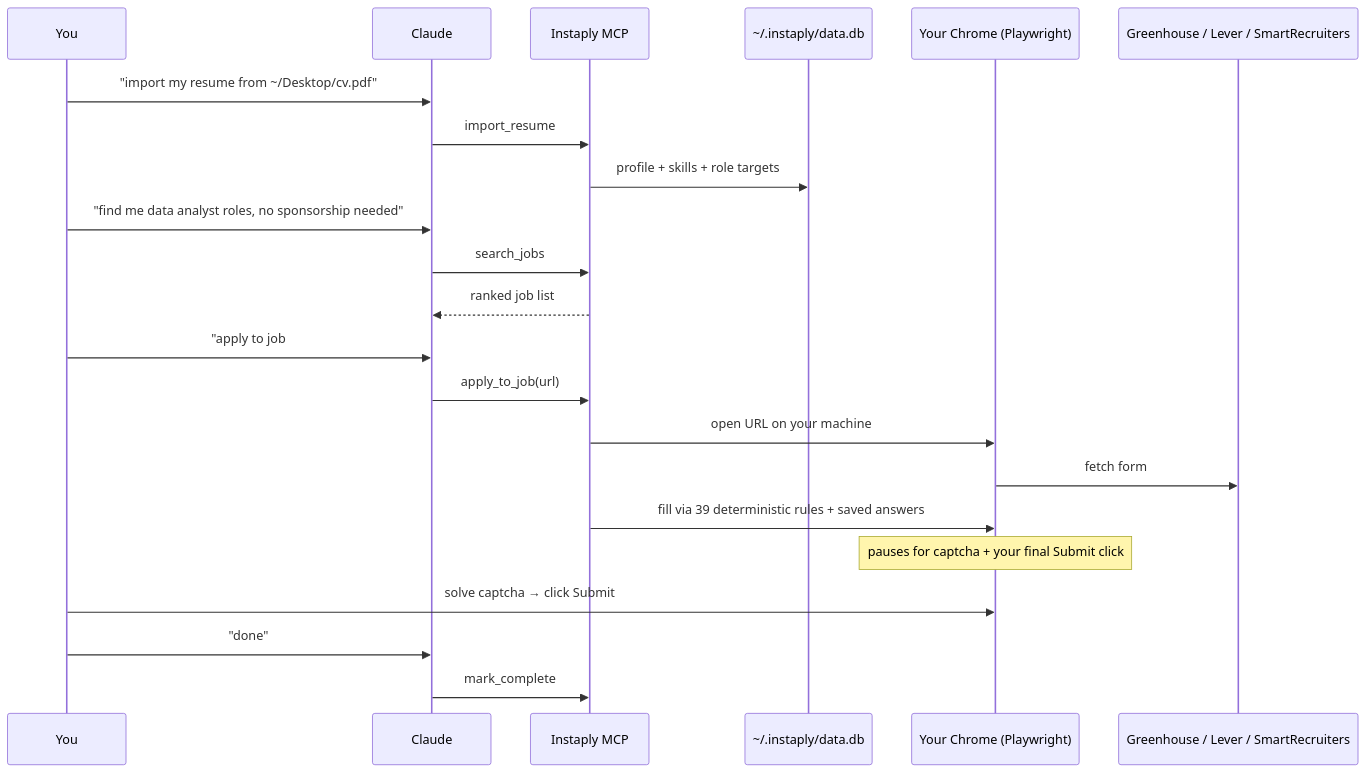
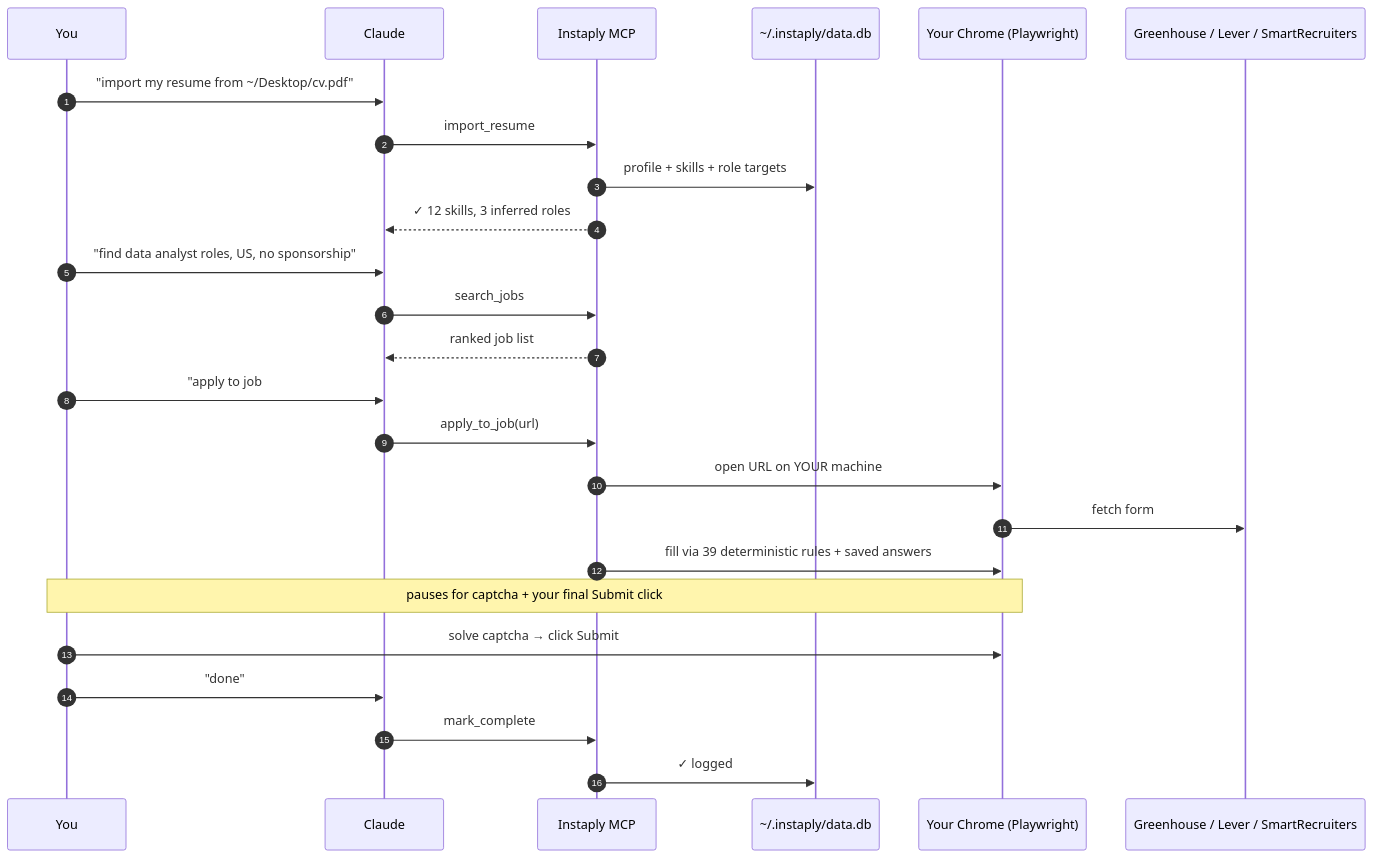
The diagram in README.md (Aditya-00a/Instaply), drawn with Mermaid before and after one commit. The commit also changed other lines of this file, not shown here.

````diff
--- a/README.md
+++ b/README.md
@@ -74,27 +147,30 @@
 ```mermaid
 sequenceDiagram
+    autonumber
     participant You
     participant Claude
     participant Instaply as Instaply MCP
     participant DB as ~/.instaply/data.db
     participant Browser as Your Chrome (Playwright)
     participant ATS as Greenhouse / Lever / SmartRecruiters
 
     You->>Claude: "import my resume from ~/Desktop/cv.pdf"
     Claude->>Instaply: import_resume
     Instaply->>DB: profile + skills + role targets
+    Instaply-->>Claude: ✓ 12 skills, 3 inferred roles
 
-    You->>Claude: "find me data analyst roles, no sponsorship needed"
+    You->>Claude: "find data analyst roles, US, no sponsorship"
     Claude->>Instaply: search_jobs
     Instaply-->>Claude: ranked job list
 
     You->>Claude: "apply to job #3"
     Claude->>Instaply: apply_to_job(url)
-    Instaply->>Browser: open URL on your machine
+    Instaply->>Browser: open URL on YOUR machine
     Browser->>ATS: fetch form
     Instaply->>Browser: fill via 39 deterministic rules + saved answers
-    Note over Browser: pauses for captcha + your final Submit click
+    Note over Browser,You: pauses for captcha + your final Submit click
     You->>Browser: solve captcha → click Submit
     You->>Claude: "done"
     Claude->>Instaply: mark_complete
+    Instaply->>DB: ✓ logged
 ```
````
